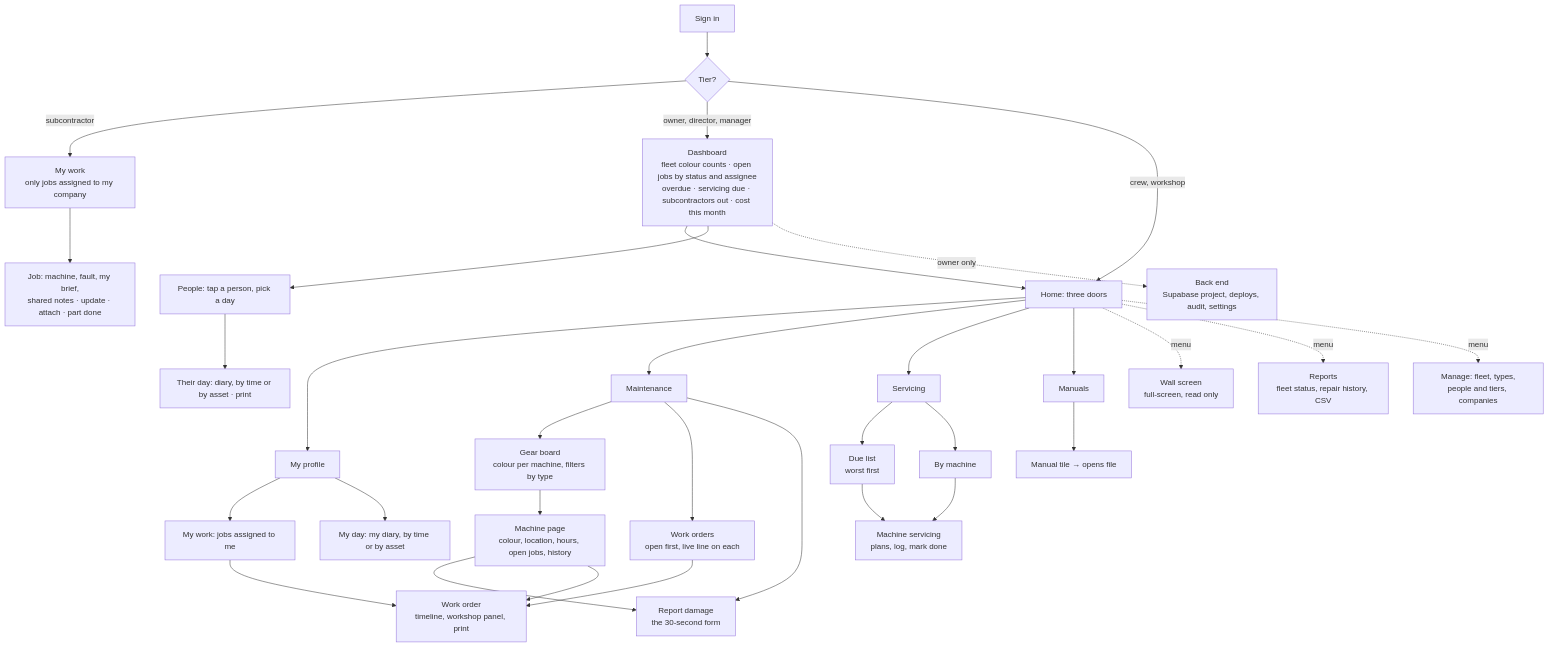
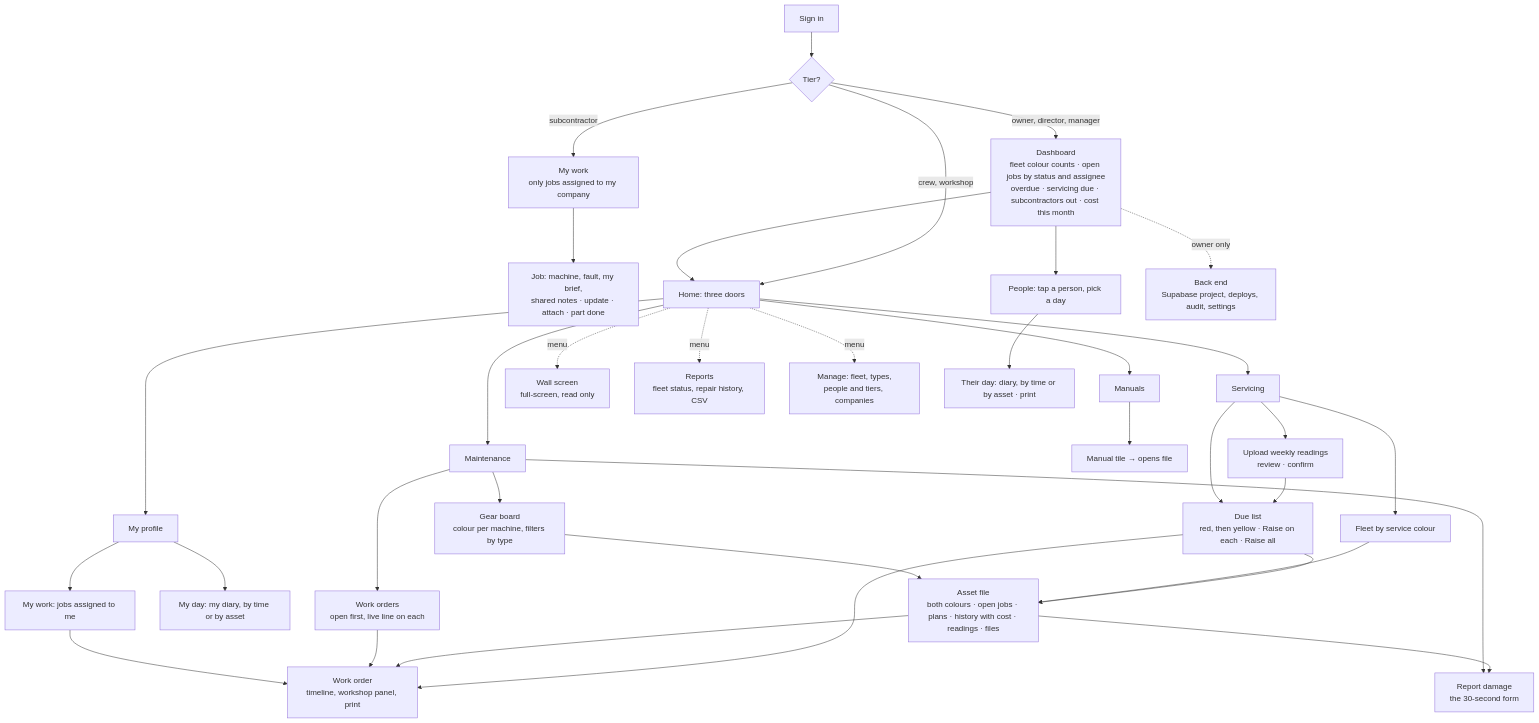
Diagram 13 of 13 in workshop-v2/docs/01-flow-and-architecture.md (shyamal22/rck-workshop), drawn with Mermaid before and after one commit. The commit also changed other lines of this file, not shown here.

First line of the commit message:
Workshop v2: servicing driven by the weekly upload, and the asset file

````diff
--- a/workshop-v2/docs/01-flow-and-architecture.md
+++ b/workshop-v2/docs/01-flow-and-architecture.md
@@ -676,34 +833,37 @@
 ```mermaid
 flowchart TD
   signin[Sign in] --> tier{Tier?}
   tier -- subcontractor --> mywork_x["My work<br/>only jobs assigned to my company"]
   mywork_x --> wo_x["Job: machine, fault, my brief,<br/>shared notes · update · attach · part done"]
   tier -- owner, director, manager --> dash["Dashboard<br/>fleet colour counts · open jobs by status and assignee<br/>overdue · servicing due · subcontractors out · cost this month"]
   dash --> home
   tier -- crew, workshop --> home[Home: three doors]
   home --> me["My profile"]
   me --> mywork["My work: jobs assigned to me"]
   me --> myday["My day: my diary, by time or by asset"]
   mywork --> wo
   home --> maint[Maintenance]
   home --> svc[Servicing]
   home --> man[Manuals]
   maint --> board[Gear board<br/>colour per machine, filters by type]
   maint --> orders[Work orders<br/>open first, live line on each]
   maint --> report[Report damage<br/>the 30-second form]
-  board --> asset[Machine page<br/>colour, location, hours, open jobs, history]
+  board --> asset["Asset file<br/>both colours · open jobs · plans · history with cost · readings · files"]
   orders --> wo[Work order<br/>timeline, workshop panel, print]
   asset --> report
   asset --> wo
-  svc --> due[Due list<br/>worst first]
-  svc --> fleet[By machine]
-  fleet --> svcasset[Machine servicing<br/>plans, log, mark done]
-  due --> svcasset
+  svc --> due["Due list<br/>red, then yellow · Raise on each · Raise all"]
+  svc --> fleet["Fleet by service colour"]
+  svc --> upload["Upload weekly readings<br/>review · confirm"]
+  upload --> due
+  due --> wo
+  fleet --> asset
+  due --> asset
   man --> manual[Manual tile → opens file]
   home -. menu .-> screen[Wall screen<br/>full-screen, read only]
   home -. menu .-> reports[Reports<br/>fleet status, repair history, CSV]
   home -. menu .-> admin[Manage: fleet, types,<br/>people and tiers, companies]
   dash --> people["People: tap a person, pick a day"]
   people --> theirday["Their day: diary, by time or by asset · print"]
   dash -. owner only .-> backend["Back end<br/>Supabase project, deploys, audit, settings"]
 ```
````
